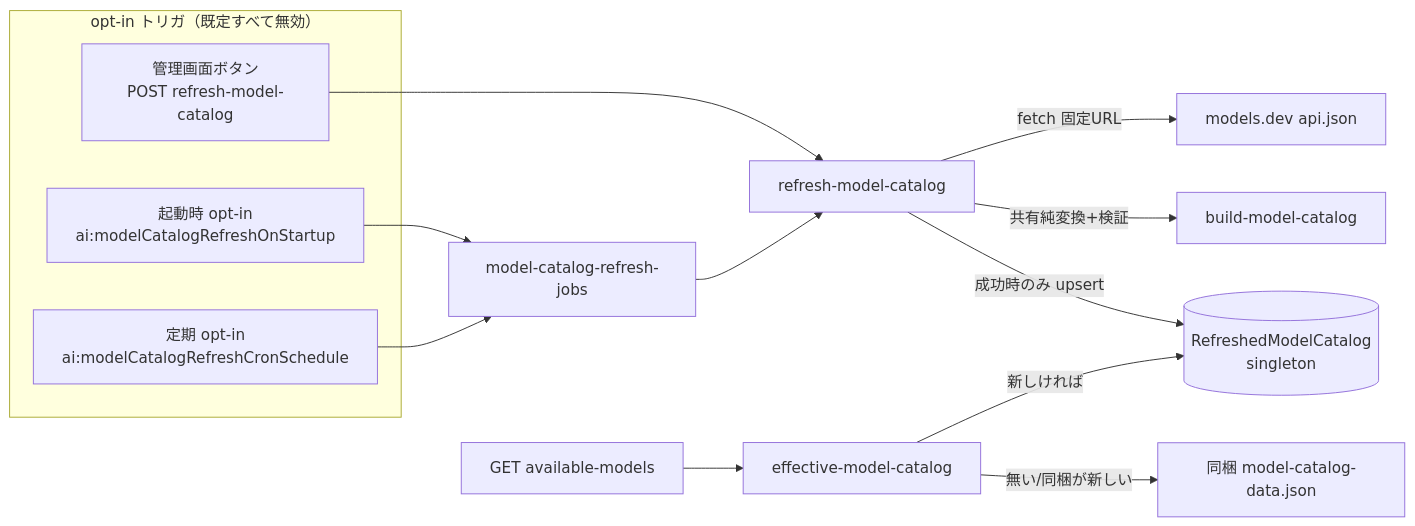
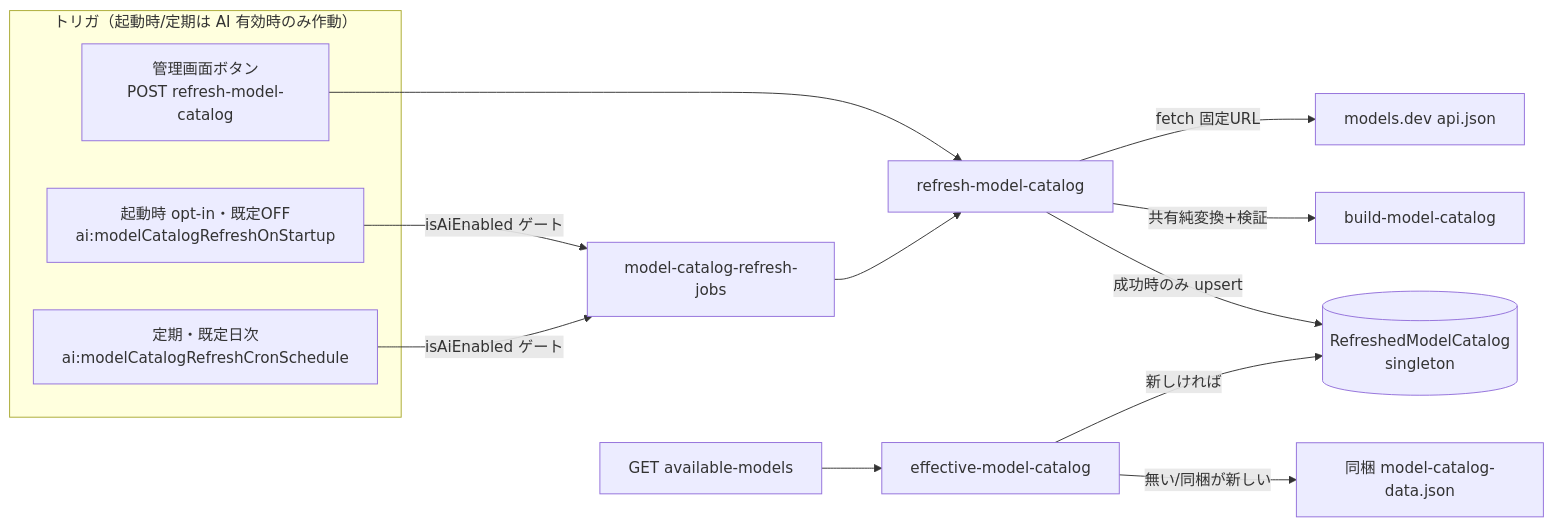
One commit to growilabs/growi changed the third of 3 diagrams in .kiro/specs/ai-settings-model-picker/design.md. Above: the diagram before and after it, drawn with Mermaid. The commit also changed other lines of this file and 6 other files, not shown here.

Commit message:
feat(ai-settings-model-picker): update model catalog refresh logic to require AI feature activation for scheduling and provide default cron settings

````diff
--- a/.kiro/specs/ai-settings-model-picker/design.md
+++ b/.kiro/specs/ai-settings-model-picker/design.md
@@ -428,17 +428,17 @@
 ```mermaid
 graph LR
-    subgraph Triggers[opt-in トリガ（既定すべて無効）]
+    subgraph Triggers[トリガ（起動時/定期は AI 有効時のみ作動）]
         Btn[管理画面ボタン<br/>POST refresh-model-catalog]
-        Boot[起動時 opt-in<br/>ai:modelCatalogRefreshOnStartup]
-        Cron[定期 opt-in<br/>ai:modelCatalogRefreshCronSchedule]
+        Boot[起動時 opt-in・既定OFF<br/>ai:modelCatalogRefreshOnStartup]
+        Cron[定期・既定日次<br/>ai:modelCatalogRefreshCronSchedule]
     end
     Btn --> Svc[refresh-model-catalog]
-    Boot --> Jobs[model-catalog-refresh-jobs] --> Svc
-    Cron --> Jobs
+    Boot -->|isAiEnabled ゲート| Jobs[model-catalog-refresh-jobs] --> Svc
+    Cron -->|isAiEnabled ゲート| Jobs
     Svc -->|fetch 固定URL| MD[models.dev api.json]
     Svc -->|共有純変換+検証| BMC[build-model-catalog]
     Svc -->|成功時のみ upsert| DB[(RefreshedModelCatalog<br/>singleton)]
     Route[GET available-models] --> Eff[effective-model-catalog]
     Eff -->|新しければ| DB
     Eff -->|無い/同梱が新しい| Bundled[同梱 model-catalog-data.json]
 ```
````
